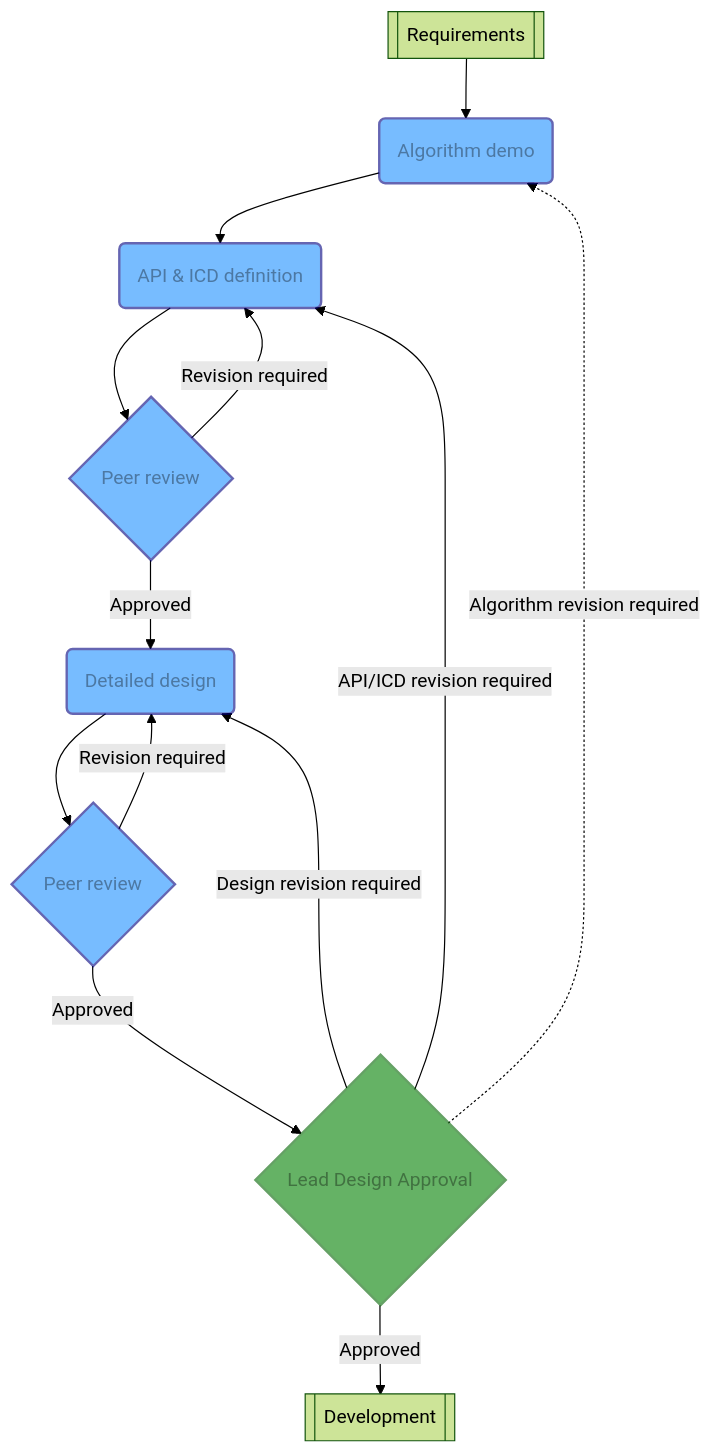
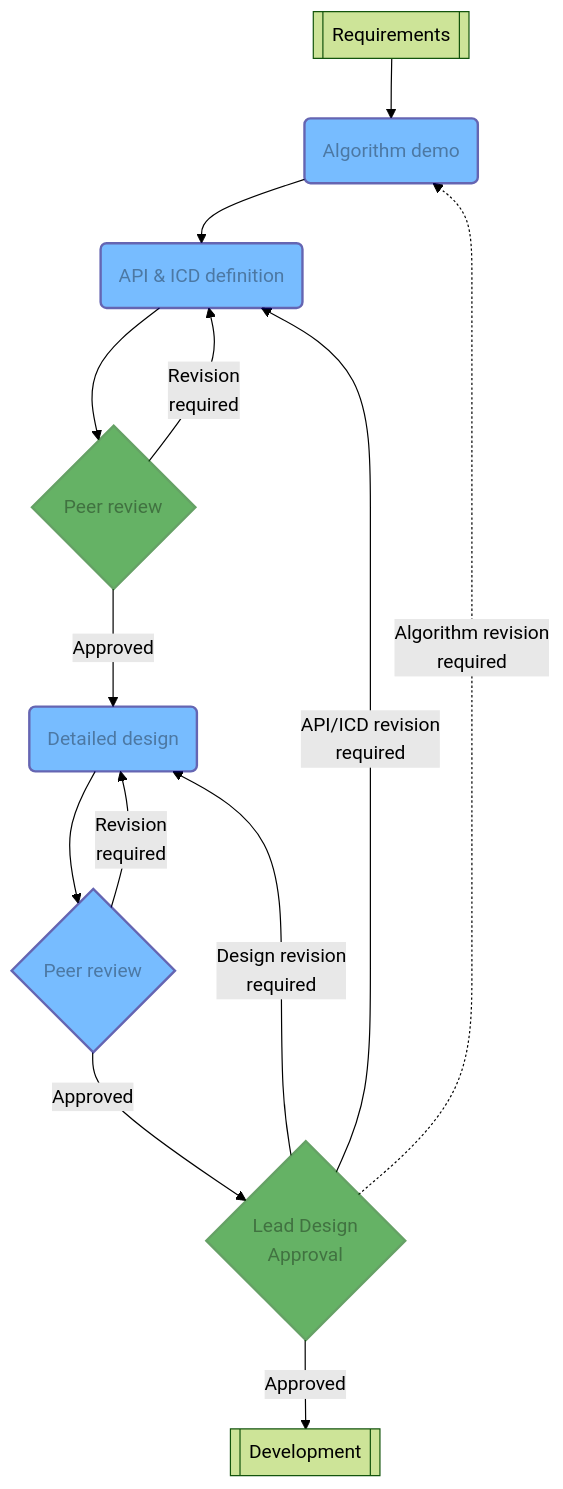
The first of 2 diagrams in docs/process/design.md (nyx-space/quality-assurance), drawn with Mermaid (forest theme) before and after one commit. The commit also changed other lines of this file and 14 other files, not shown here.

````diff
--- a/docs/process/design.md
+++ b/docs/process/design.md
@@ -1,21 +1,21 @@
 ```mermaid
 graph TD
     ReqOK[[Requirements]] --> AlgDemo("Algorithm demo"):::engr
     AlgDemo --> ApiIcd("API & ICD definition"):::engr
-    ApiIcd --> PR1{"Peer review"}:::engr
-    PR1 --> |Revision required| ApiIcd
+    ApiIcd --> PR1{"Peer review"}:::lead
+    PR1 --> |Revision<br/>required| ApiIcd
     PR1 --> |Approved| DD(Detailed design):::engr
     DD --> PR2{"Peer review"}:::engr
-    PR2 --> |Revision required| DD
-    PR2 --> |Approved| LR1{"Lead Design Approval"}:::lead
-    LR1 -.-> |Algorithm revision required| AlgDemo
-    LR1 --> |API/ICD revision required| ApiIcd
-    LR1 --> |Design revision required| DD
+    PR2 --> |Revision<br/>required| DD
+    PR2 --> |Approved| LR1{"Lead Design<br/>Approval"}:::lead
+    LR1 -.-> |Algorithm revision<br/>required| AlgDemo
+    LR1 --> |API/ICD revision<br/>required| ApiIcd
+    LR1 --> |Design revision<br/>required| DD
     LR1 --> |Approved| DDOK[[Development]]
 
     click ReqOK "/process/requirements/"
     click DDOK "/process/development/"
 
     classDef lead fill:green,opacity:0.6,stroke:darkgreen,stroke-width:2px,color:black
     classDef engr fill:dodgerblue,opacity:0.6,stroke:navy,stroke-width:2px,color:black
 ```
````
